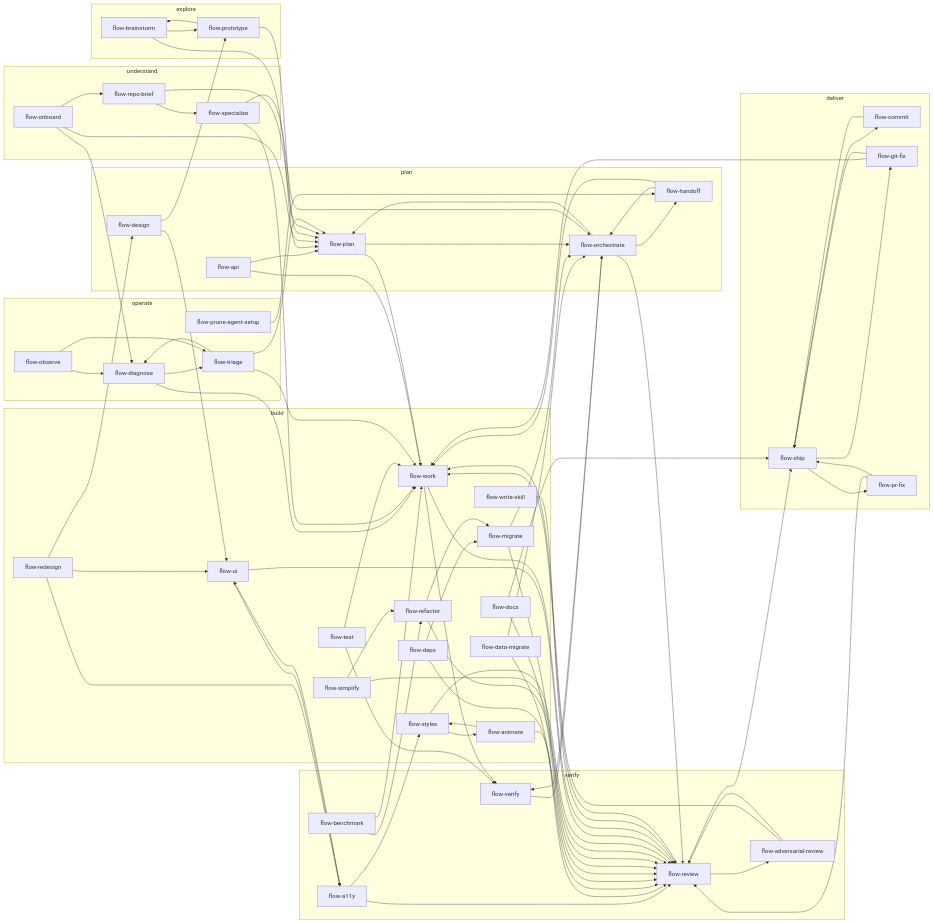
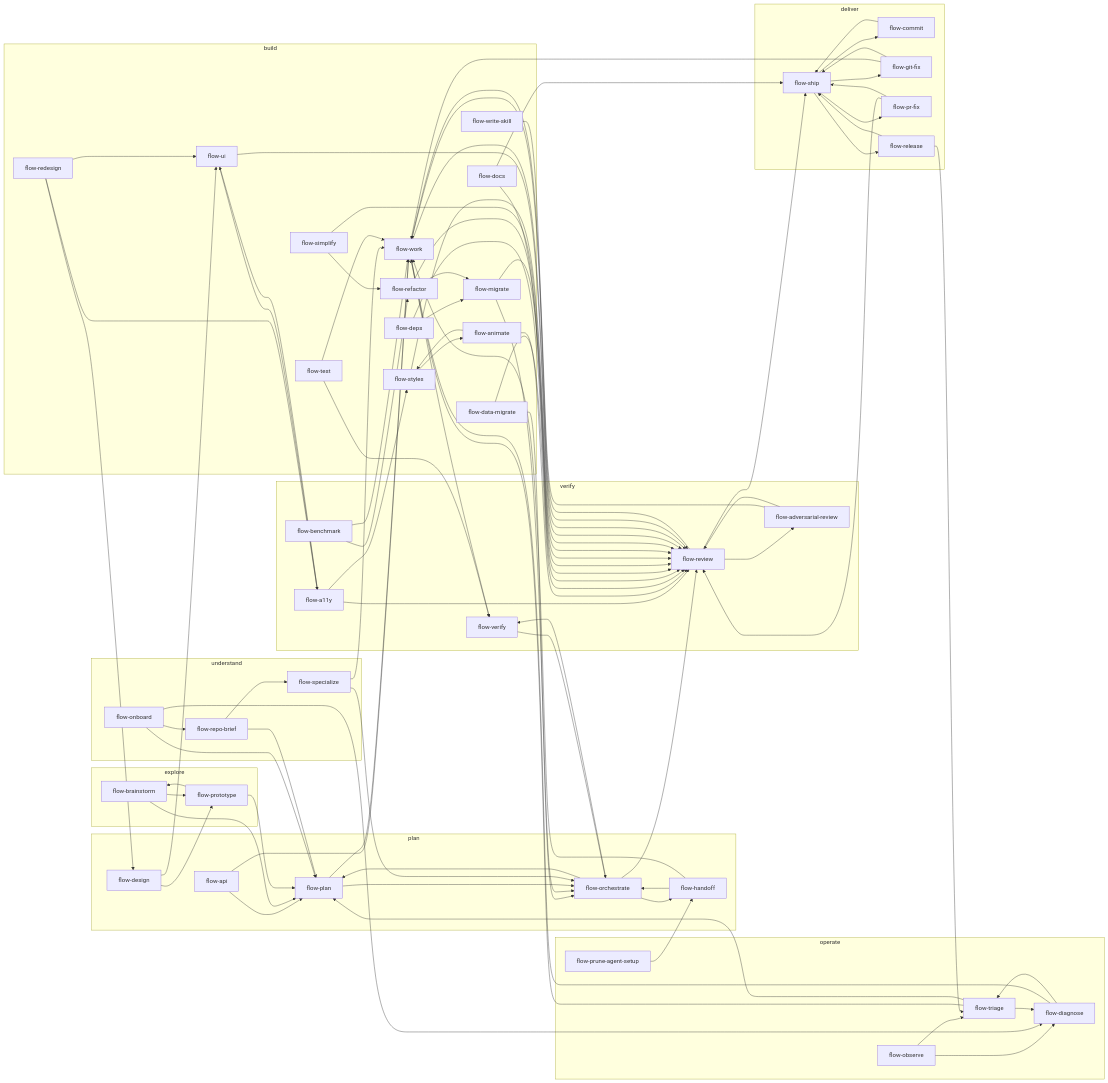
One commit to emiliodominguez/flow-skills changed the second of 2 diagrams in docs/SKILL-MAP.md. Above: the diagram before and after it, drawn with Mermaid. The commit also changed other lines of this file and 14 other files, not shown here.

```diff
--- a/docs/SKILL-MAP.md
+++ b/docs/SKILL-MAP.md
@@ -88,6 +89,7 @@
     flow_commit["flow-commit"]
     flow_git_fix["flow-git-fix"]
     flow_pr_fix["flow-pr-fix"]
+    flow_release["flow-release"]
     flow_ship["flow-ship"]
   end
   subgraph stage_operate["operate"]
@@ -147,6 +149,8 @@
   flow_redesign --> flow_a11y
   flow_refactor --> flow_review
   flow_refactor --> flow_migrate
+  flow_release --> flow_ship
+  flow_release --> flow_triage
   flow_repo_brief --> flow_plan
   flow_repo_brief --> flow_specialize
   flow_review --> flow_work
@@ -155,6 +159,7 @@
   flow_ship --> flow_commit
   flow_ship --> flow_pr_fix
   flow_ship --> flow_git_fix
+  flow_ship --> flow_release
   flow_simplify --> flow_review
   flow_simplify --> flow_refactor
   flow_specialize --> flow_orchestrate
```
